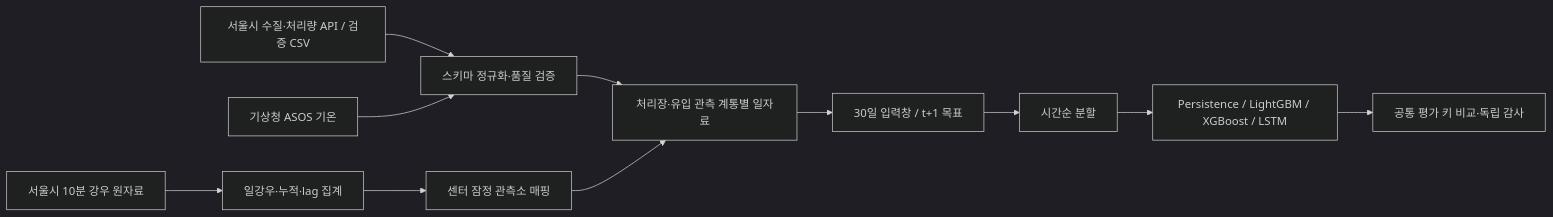
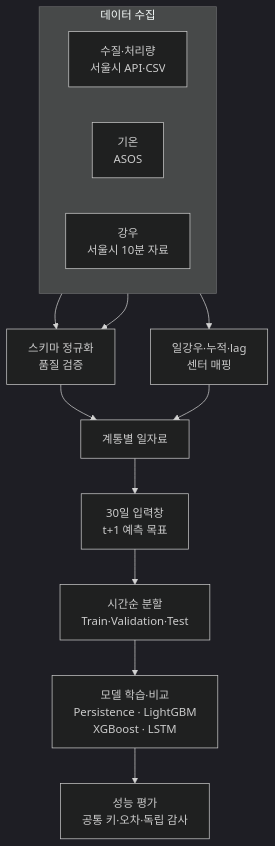
The diagram in README.md (galaxybuddy98/seoul-wastewater-ai-forecast), drawn with Mermaid (dark theme) before and after one commit.

Commit message:
docs: fix mermaid pipeline diagram layout

````diff
--- a/README.md
+++ b/README.md
@@ -26,13 +26,19 @@
 ```mermaid
-flowchart LR
-    A[서울시 수질·처리량 API / 검증 CSV] --> D[스키마 정규화·품질 검증]
-    B[기상청 ASOS 기온] --> D
-    C[서울시 10분 강우 원자료] --> E[일강우·누적·lag 집계]
-    E --> F[센터 잠정 관측소 매핑]
-    D --> G[처리장·유입 관측 계통별 일자료]
-    F --> G
-    G --> H[30일 입력창 / t+1 목표]
-    H --> I[시간순 분할]
-    I --> J[Persistence / LightGBM / XGBoost / LSTM]
-    J --> K[공통 평가 키 비교·독립 감사]
+flowchart TB
+    subgraph INPUT["데이터 수집"]
+        direction LR
+        A["수질·처리량<br/>서울시 API·CSV"]
+        B["기온<br/>ASOS"]
+        C["강우<br/>서울시 10분 자료"]
+    end
+
+    A --> D["스키마 정규화<br/>품질 검증"]
+    B --> D
+    C --> E["일강우·누적·lag<br/>센터 매핑"]
+    D --> F["계통별 일자료"]
+    E --> F
+    F --> G["30일 입력창<br/>t+1 예측 목표"]
+    G --> H["시간순 분할<br/>Train·Validation·Test"]
+    H --> I["모델 학습·비교<br/>Persistence · LightGBM<br/>XGBoost · LSTM"]
+    I --> J["성능 평가<br/>공통 키·오차·독립 감사"]
 ```
````
